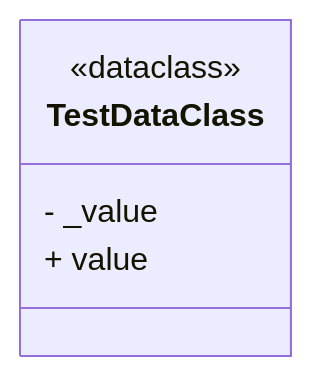
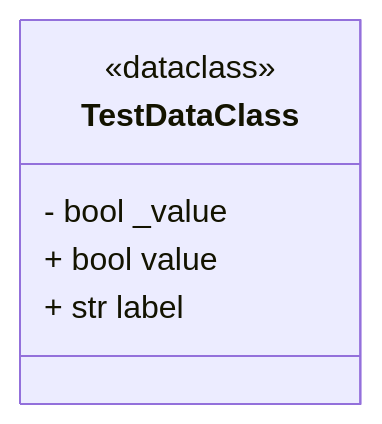
Before and after one commit to FabianGnatzig/MermaidGenerator: the fifth of 5 diagrams in class_diagrams.md, drawn with Mermaid. The commit also changed other lines of this file and 3 other files, not shown here.

First line of the commit message:
feat: add comprehensive Python language support to diagram generator

````diff
--- a/class_diagrams.md
+++ b/class_diagrams.md
@@ -29,8 +71,9 @@
 ```mermaid
 classDiagram
     class TestDataClass {
 <<dataclass>>
-- \_value
-+ value
+- bool \_value
++ bool value
++ str label
 }
 ```
````
